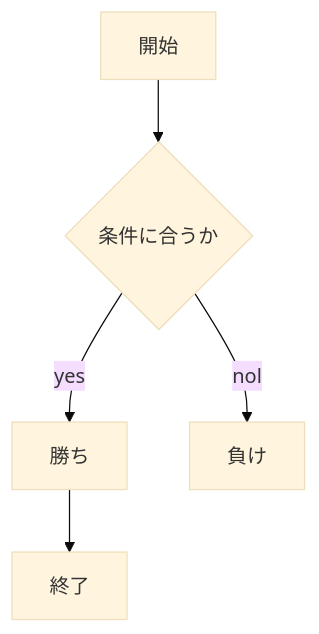
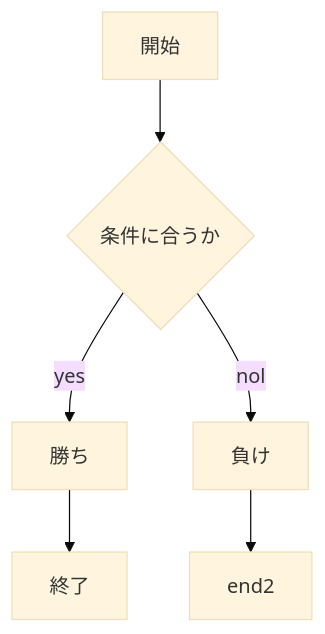
One commit to Nagatsumatoui/webpro_06 changed the first of 3 diagrams in README.md. Above: the diagram before and after it, drawn with Mermaid (base theme). The commit also changed other lines of this file and 1 other file, not shown here.

````diff
--- a/README.md
+++ b/README.md
@@ -13,14 +13,15 @@
 ```mermaid
 flowchart TD;
 
 start["開始"];
 end1["終了"]
 if{"条件に合うか"}
 win["勝ち"]
 loose["負け"]
 
 start --> if
 if -->|yes| win
 win --> end1
 if -->|nol| loose
+loose --> end2
 ```
````
